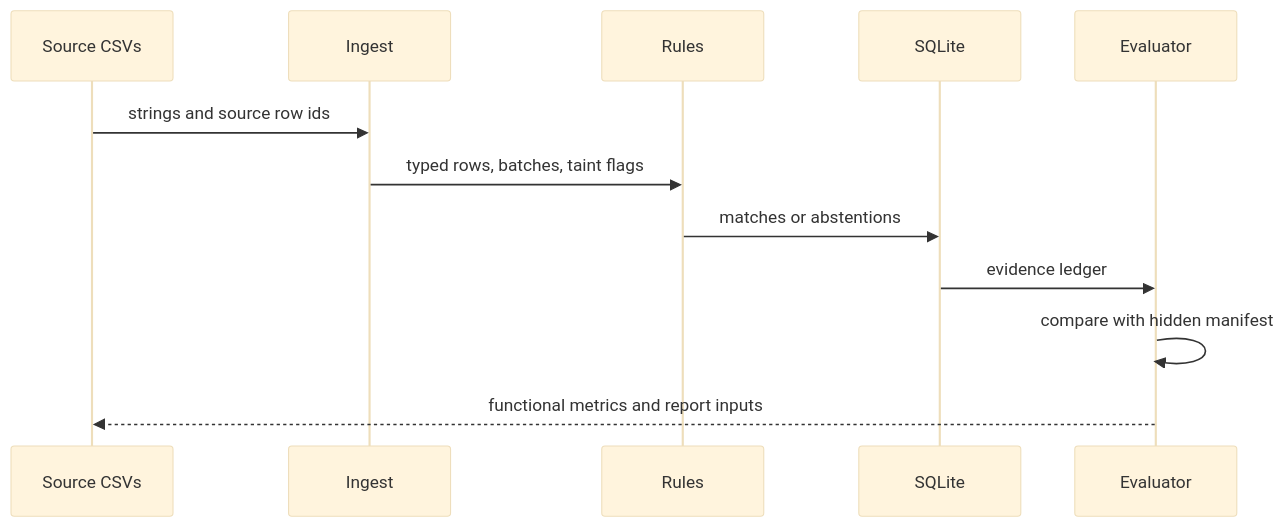
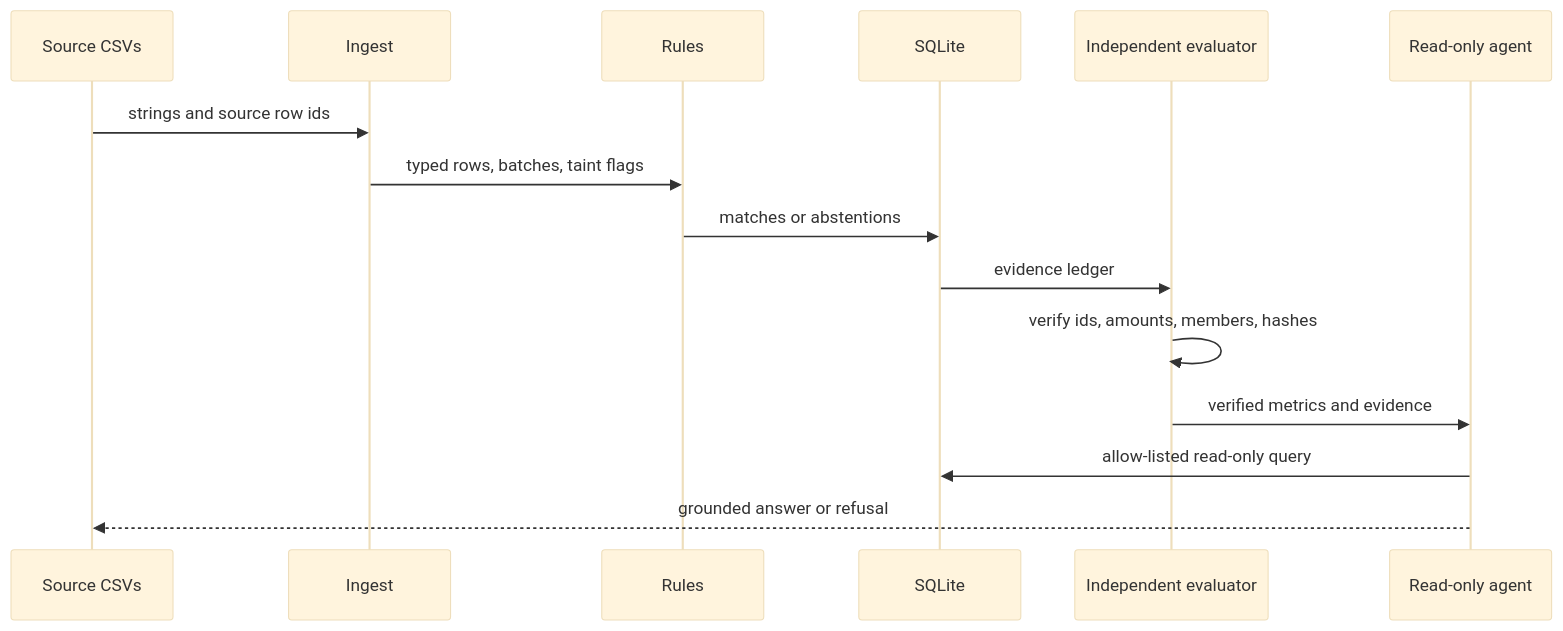
Before and after one commit to saitejacodes/milaaan: the diagram in docs/ARCHITECTURE.md, drawn with Mermaid (base theme). The commit also changed other lines of this file and 14 other files, not shown here.

Commit message:
docs: package verified v1.3 buildathon evidence

````diff
--- a/docs/ARCHITECTURE.md
+++ b/docs/ARCHITECTURE.md
@@ -28,14 +31,17 @@
 ```mermaid
 sequenceDiagram
   participant S as Source CSVs
   participant I as Ingest
   participant E as Rules
   participant D as SQLite
-  participant X as Evaluator
+  participant X as Independent evaluator
+  participant A as Read-only agent
   S->>I: strings and source row ids
   I->>E: typed rows, batches, taint flags
   E->>D: matches or abstentions
   D->>X: evidence ledger
-  X->>X: compare with hidden manifest
-  X-->>S: functional metrics and report inputs
+  X->>X: verify ids, amounts, members, hashes
+  X->>A: verified metrics and evidence
+  A->>D: allow-listed read-only query
+  A-->>S: grounded answer or refusal
 ```
````
